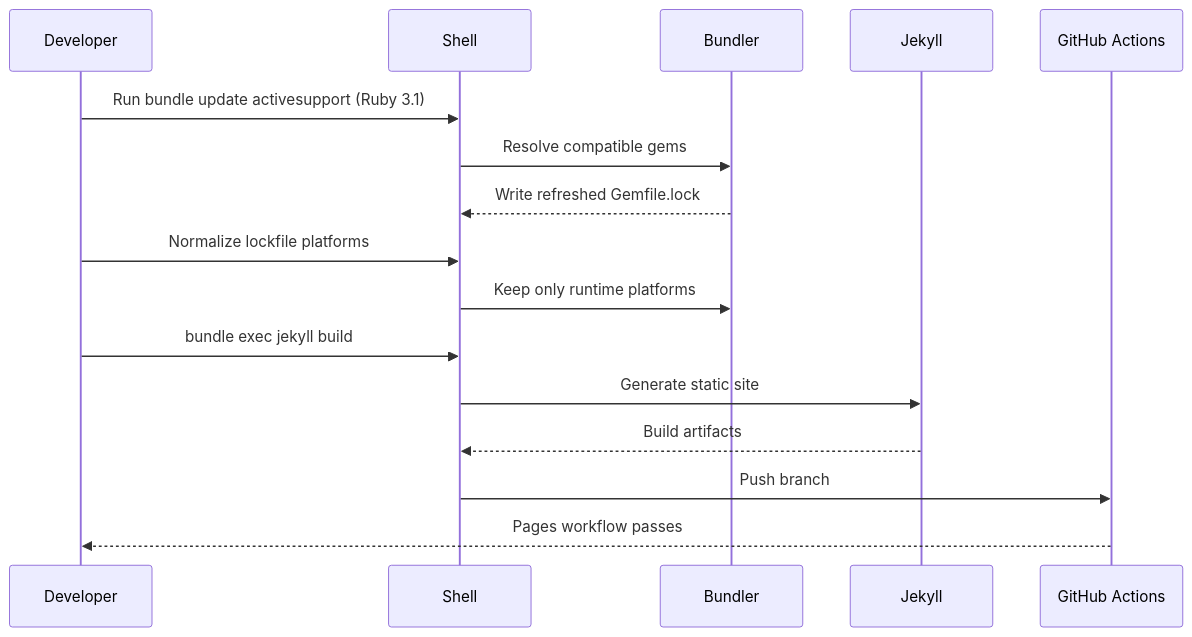
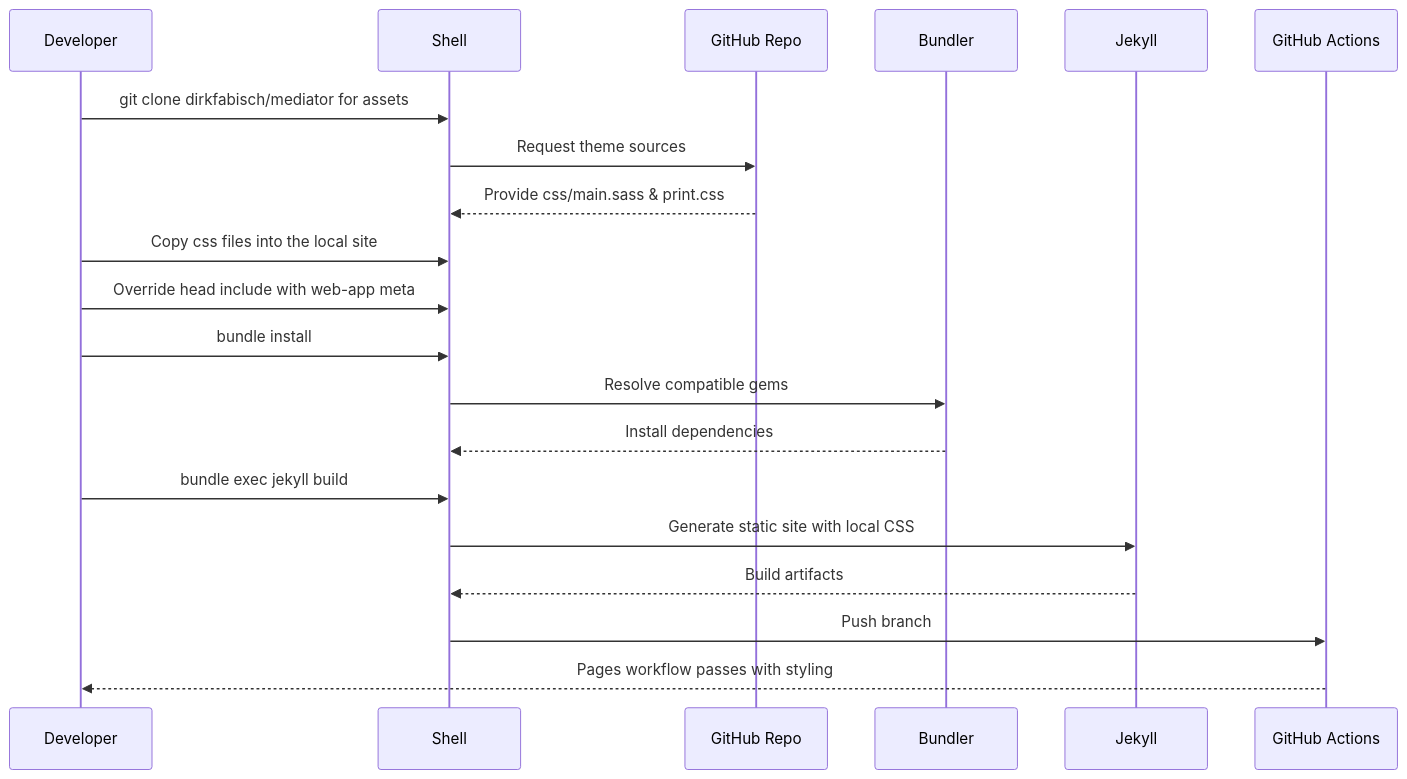
The third of 6 diagrams in README.md (muyueh/Jekyll), drawn with Mermaid before and after one commit. The commit also changed other lines of this file and 3 other files, not shown here.

Commit message:
Vendor Mediator assets locally

````diff
--- a/README.md
+++ b/README.md
@@ -30,19 +33,23 @@
 ```mermaid
 sequenceDiagram
     participant Dev as Developer
     participant Shell
+    participant GitHub as GitHub Repo
     participant Bundler
     participant Jekyll
     participant Actions as GitHub Actions
 
-    Dev->>Shell: Run bundle update activesupport (Ruby 3.1)
+    Dev->>Shell: git clone dirkfabisch/mediator for assets
+    Shell->>GitHub: Request theme sources
+    GitHub-->>Shell: Provide css/main.sass & print.css
+    Dev->>Shell: Copy css files into the local site
+    Dev->>Shell: Override head include with web-app meta
+    Dev->>Shell: bundle install
     Shell->>Bundler: Resolve compatible gems
-    Bundler-->>Shell: Write refreshed Gemfile.lock
-    Dev->>Shell: Normalize lockfile platforms
-    Shell->>Bundler: Keep only runtime platforms
+    Bundler-->>Shell: Install dependencies
     Dev->>Shell: bundle exec jekyll build
-    Shell->>Jekyll: Generate static site
+    Shell->>Jekyll: Generate static site with local CSS
     Jekyll-->>Shell: Build artifacts
     Shell->>Actions: Push branch
-    Actions-->>Dev: Pages workflow passes
+    Actions-->>Dev: Pages workflow passes with styling
 ```
````
